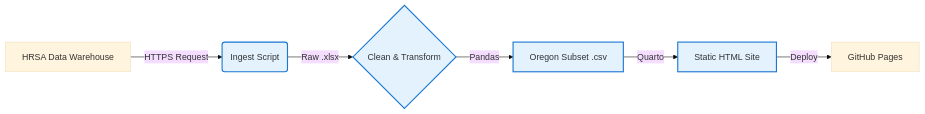
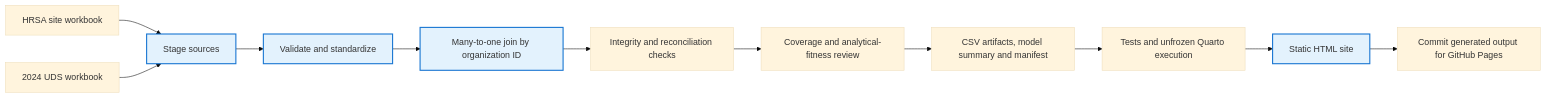
The diagram in projects/oregon-fqhc/about.qmd (pitzer-e/pitzer-e.github.io), drawn with Mermaid before and after one commit. The commit also changed other lines of this file and 46 other files, not shown here.

````diff
--- a/projects/oregon-fqhc/about.qmd
+++ b/projects/oregon-fqhc/about.qmd
@@ -29,18 +31,23 @@
 ```{mermaid}
 %%| fig-cap: "Automated Data Pipeline Architecture"
 %%{init: {'theme': 'base'}}%%
 flowchart LR
-    A[HRSA Data Warehouse] -->|HTTPS Request| B(Ingest Script)
-    B -->|Raw .xlsx| C{Clean & Transform}
-    C -->|Pandas| D[Oregon Subset .csv]
-    D -->|Quarto| E[Static HTML Site]
-    E -->|Deploy| F[GitHub Pages]
-    
+    A[HRSA site workbook] --> B[Stage sources]
+    U[2024 UDS workbook] --> B
+    B --> C[Validate and standardize]
+    C --> D[Many-to-one join by organization ID]
+    D --> Q[Integrity and reconciliation checks]
+    Q --> R[Coverage and analytical-fitness review]
+    R --> M[CSV artifacts, model summary and manifest]
+    M --> T[Tests and unfrozen Quarto execution]
+    T --> E[Static HTML site]
+    E --> F[Commit generated output for GitHub Pages]
+
     style B fill:#e3f2fd
     style C fill:#e3f2fd
     style D fill:#e3f2fd
     style E fill:#e3f2fd
-    
+
     classDef runner fill:#e3f2fd,stroke:#1976d2,stroke-width:2px
     class B,C,D,E runner
 ```
````
